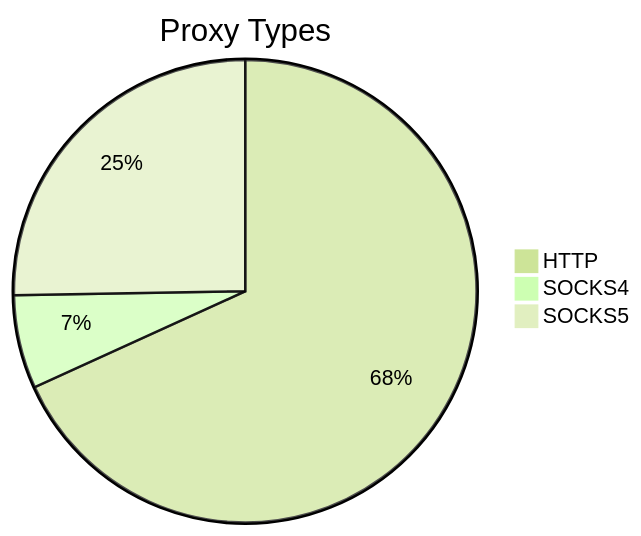
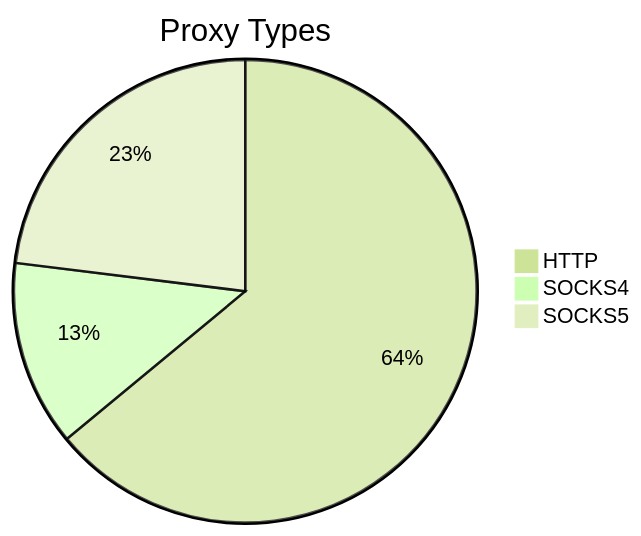
Before and after one commit to stormsia/proxy-list: the first of 2 diagrams in README.md, drawn with Mermaid (forest theme). The commit also changed other lines of this file, not shown here.

````diff
--- a/README.md
+++ b/README.md
@@ -21,6 +21,6 @@
 ```mermaid
 pie title Proxy Types
-    "HTTP" : 626
-    "SOCKS4" : 60
-    "SOCKS5" : 232
+    "HTTP" : 711
+    "SOCKS4" : 144
+    "SOCKS5" : 256
 ```
````
